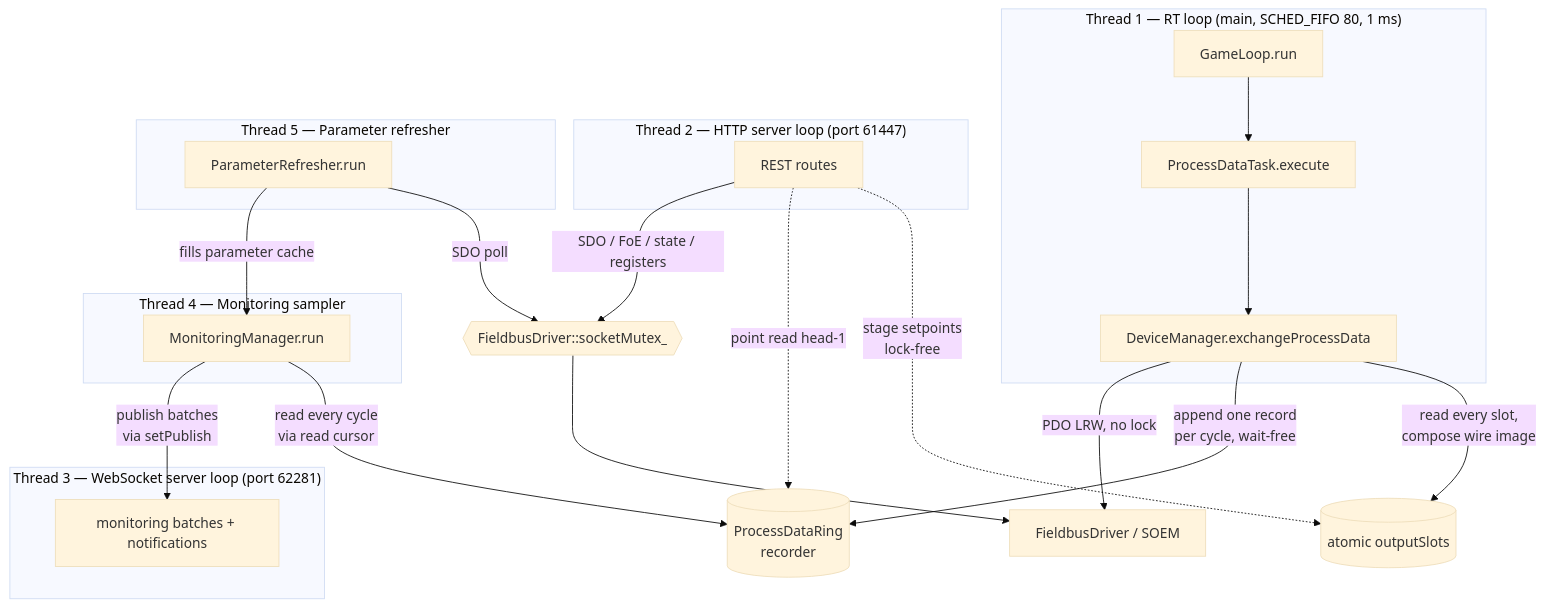
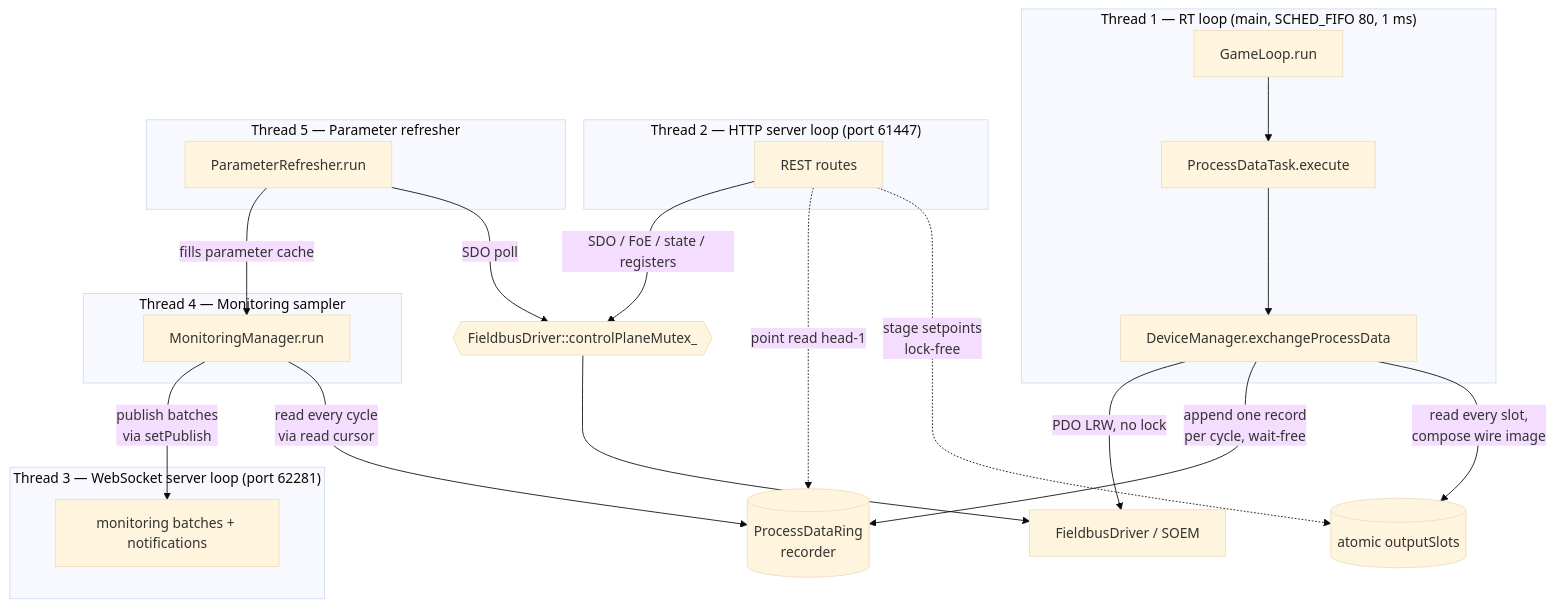
The diagram in docs/THREADS.md (synapticon/motion-master), drawn with Mermaid (base theme) before and after one commit. The commit also changed other lines of this file and 7 other files, not shown here.

First line of the commit message:
refactor(comm): rename socketMutex_ to controlPlaneMutex_

````diff
--- a/docs/THREADS.md
+++ b/docs/THREADS.md
@@ -22,31 +22,31 @@
 ```mermaid
 flowchart TB
     subgraph RT["Thread 1 — RT loop (main, SCHED_FIFO 80, 1 ms)"]
         GL[GameLoop.run] --> PDT[ProcessDataTask.execute]
         PDT --> EPD[DeviceManager.exchangeProcessData]
     end
     subgraph HSRV["Thread 2 — HTTP server loop (port 61447)"]
         HTTP[REST routes]
     end
     subgraph WSRV["Thread 3 — WebSocket server loop (port 62281)"]
         WS[monitoring batches + notifications]
     end
     subgraph SAMP["Thread 4 — Monitoring sampler"]
         MS[MonitoringManager.run]
     end
     subgraph REF["Thread 5 — Parameter refresher"]
         PR[ParameterRefresher.run]
     end
 
     HTTP -.->|stage setpoints<br/>lock-free| SLOTS[(atomic outputSlots)]
     EPD -->|read every slot,<br/>compose wire image| SLOTS
     EPD -->|append one record<br/>per cycle, wait-free| RING[(ProcessDataRing<br/>recorder)]
     MS -->|read every cycle<br/>via read cursor| RING
     HTTP -.->|point read head-1| RING
-    HTTP -->|SDO / FoE / state / registers| SM{{FieldbusDriver::socketMutex_}}
+    HTTP -->|SDO / FoE / state / registers| SM{{FieldbusDriver::controlPlaneMutex_}}
     PR -->|SDO poll| SM
     SM --> DRV[FieldbusDriver / SOEM]
     EPD -->|PDO LRW, no lock| DRV
     MS -->|publish batches<br/>via setPublish| WS
     PR -->|fills parameter cache| MS
 ```
````
